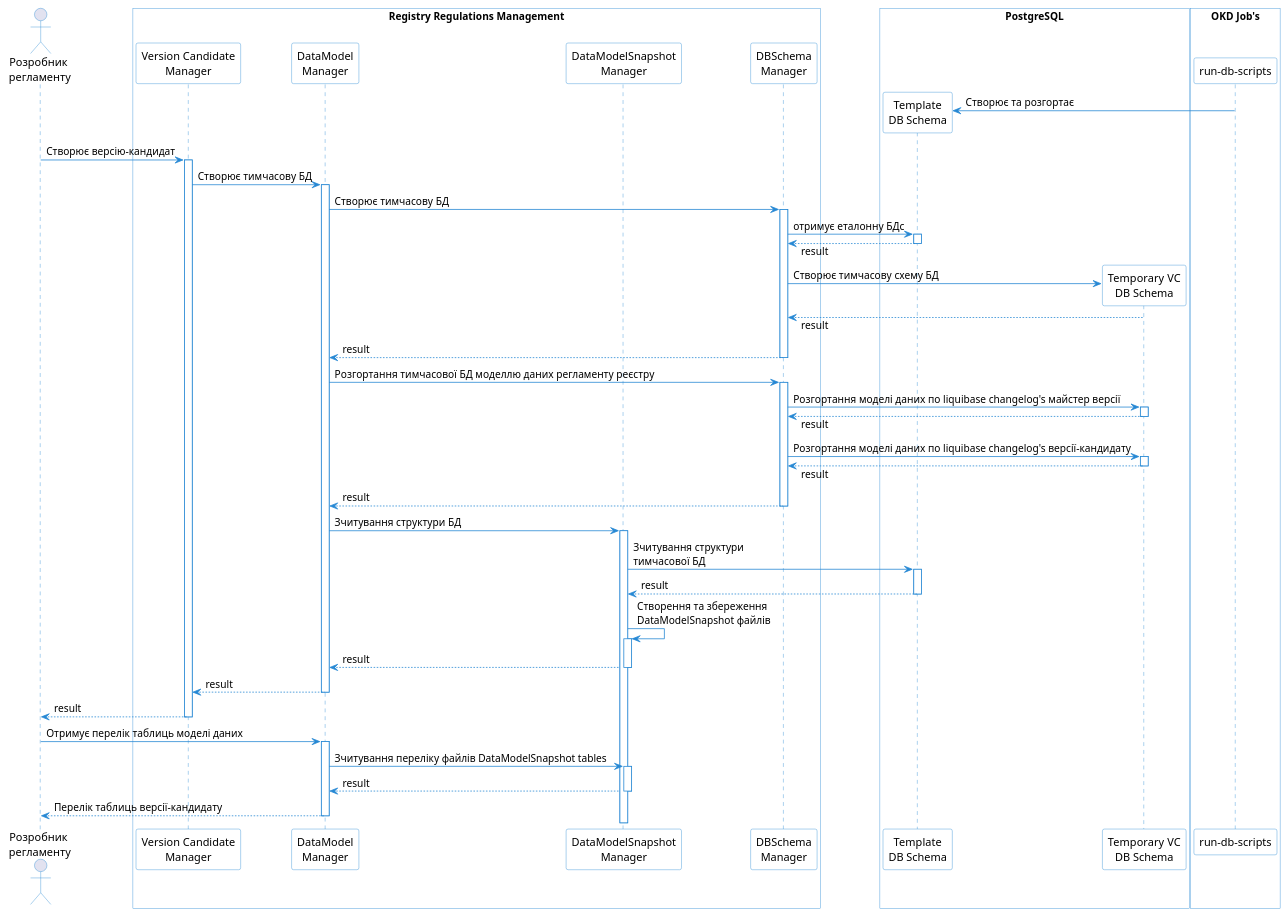
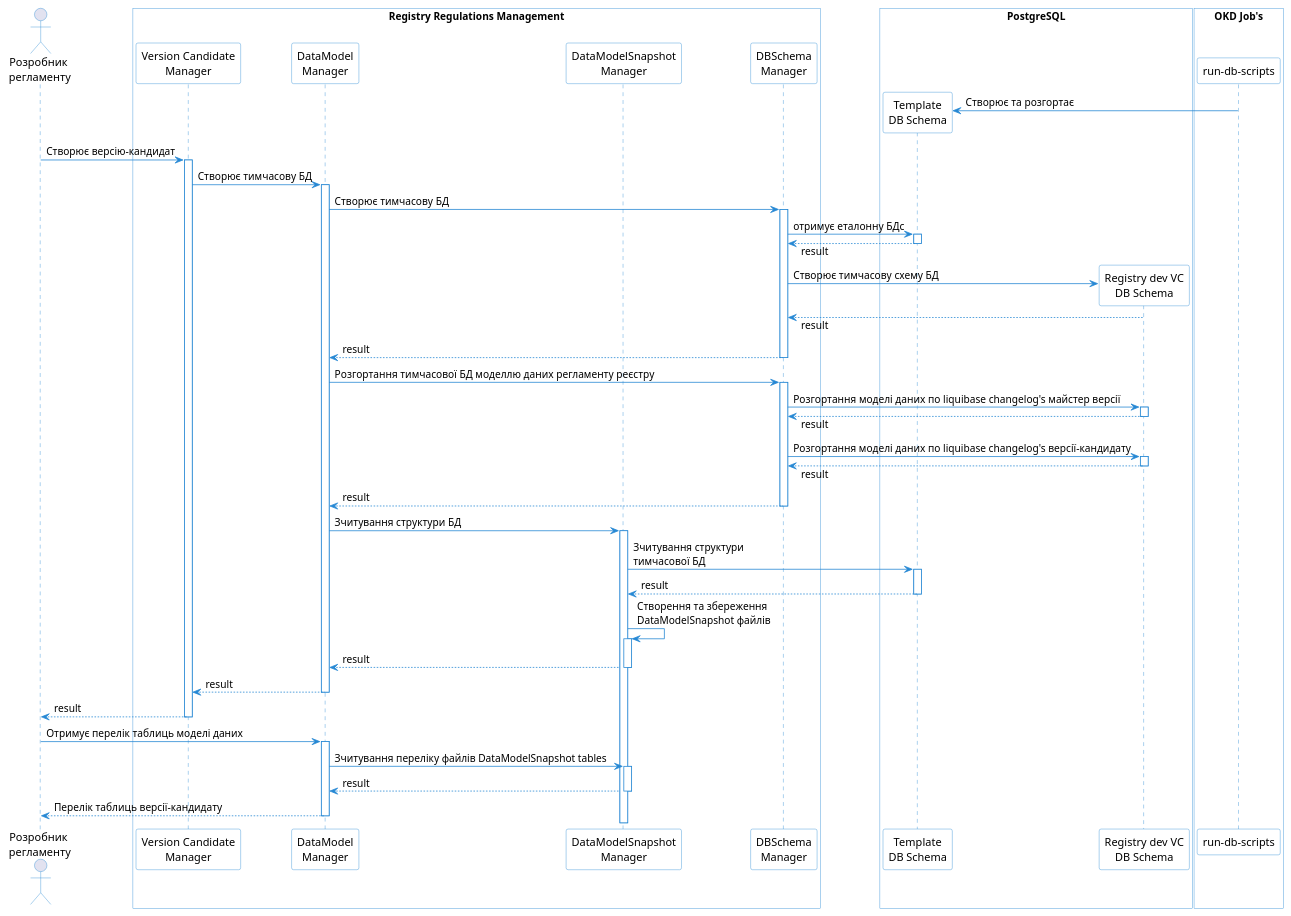
One commit to epam/edp-ddm-architecture changed the diagram in modules/arch/partials/architecture-workspace/platform-evolution/data-model-version-candidates/data-model-version-candidate-create-sequence.puml. Above: the diagram before and after it, drawn with PlantUML. The commit also changed 3 other files, not shown here.

```diff
--- a/modules/arch/partials/architecture-workspace/platform-evolution/data-model-version-candidates/data-model-version-candidate-create-sequence.puml
+++ b/modules/arch/partials/architecture-workspace/platform-evolution/data-model-version-candidates/data-model-version-candidate-create-sequence.puml
@@ -1,84 +1,81 @@
 @startuml
 
 autoactivate on
 
 skinparam shadowing false
 skinparam DatabaseBackgroundColor white
 skinparam DatabaseBorderColor #2688d4
 skinparam QueueBackgroundColor white
 skinparam QueueBorderColor #2688d4
 skinparam NoteBackgroundColor white
 skinparam NoteBorderColor #2688d4
 skinparam sequence {
     ArrowColor #2688d4
     ActorBorderColor #2688d4
     LifeLineBorderColor #2688d4
     ParticipantBorderColor #2688d4
     ParticipantBackgroundColor white
     BoxBorderColor #2688d4
     BoxBackgroundColor white
 }
 
 skinparam responseMessageBelowArrow true
 
 actor "Розробник\n регламенту" as Dev
 'participant "Registry Regulations\nManagement" as RRM
 
 
 box "Registry Regulations Management"
   participant "Version Candidate\nManager" as VCM
   participant "DataModel\nManager" as TablesManager
   participant "DataModelSnapshot\nManager" as SnapshotManager
   participant "DBSchema\nManager" as DBSchemaManager
 end box
 
 
 box "PostgreSQL"
   participant "Template\nDB Schema" as TemplateDB
-  participant "Temporary VC\nDB Schema" as VCTemplateDB
+  participant "Registry dev VC\nDB Schema" as VCTemplateDB
 end box
 
 
 box "OKD Job's"
   participant "run-db-scripts" as OkdJob
 end box
 
 OkdJob -> TemplateDB ** : Створює та розгортає
 
 'Create version candidate flow
 Dev -> VCM: Створює версію-кандидат
   VCM -> TablesManager: Створює тимчасову БД
     TablesManager -> DBSchemaManager: Створює тимчасову БД
       DBSchemaManager -> TemplateDB: отримує еталонну БДc
       DBSchemaManager <-- TemplateDB: result
       DBSchemaManager -> VCTemplateDB ** : Створює тимчасову схему БД
       DBSchemaManager <-- VCTemplateDB: result
     DBSchemaManager --> TablesManager : result
 
 
     TablesManager -> DBSchemaManager: Розгортання тимчасової БД моделлю даних регламенту реєстру
       DBSchemaManager -> VCTemplateDB: Розгортання моделі даних по liquibase changelog's майстер версії
       DBSchemaManager <-- VCTemplateDB: result
       DBSchemaManager -> VCTemplateDB: Розгортання моделі даних по liquibase changelog's версії-кандидату
       DBSchemaManager <-- VCTemplateDB: result
     DBSchemaManager --> TablesManager: result
 
     TablesManager -> SnapshotManager: Зчитування структури БД
       SnapshotManager -> TemplateDB: Зчитування структури\nтимчасової БД
       TemplateDB --> SnapshotManager: result
       SnapshotManager -> SnapshotManager: Створення та збереження\nDataModelSnapshot файлів
     SnapshotManager --> TablesManager: result
 
   TablesManager --> VCM: result
 
 VCM --> Dev: result
 
 Dev -> TablesManager: Отримує перелік таблиць моделі даних
   TablesManager -> SnapshotManager: Зчитування переліку файлів DataModelSnapshot tables
   SnapshotManager --> TablesManager: result
 TablesManager --> Dev: Перелік таблиць версії-кандидату
 
-
-
-
 @enduml
```
